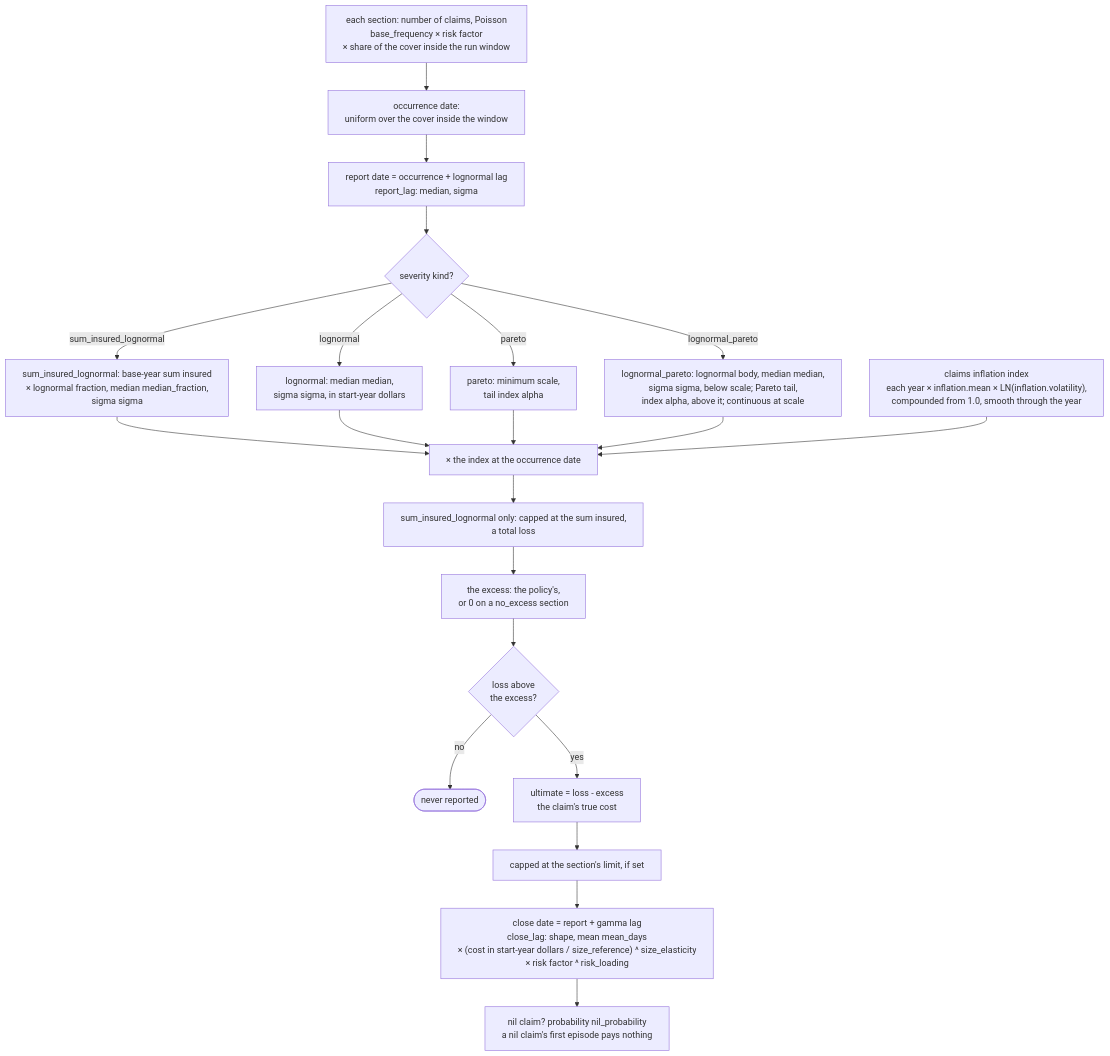
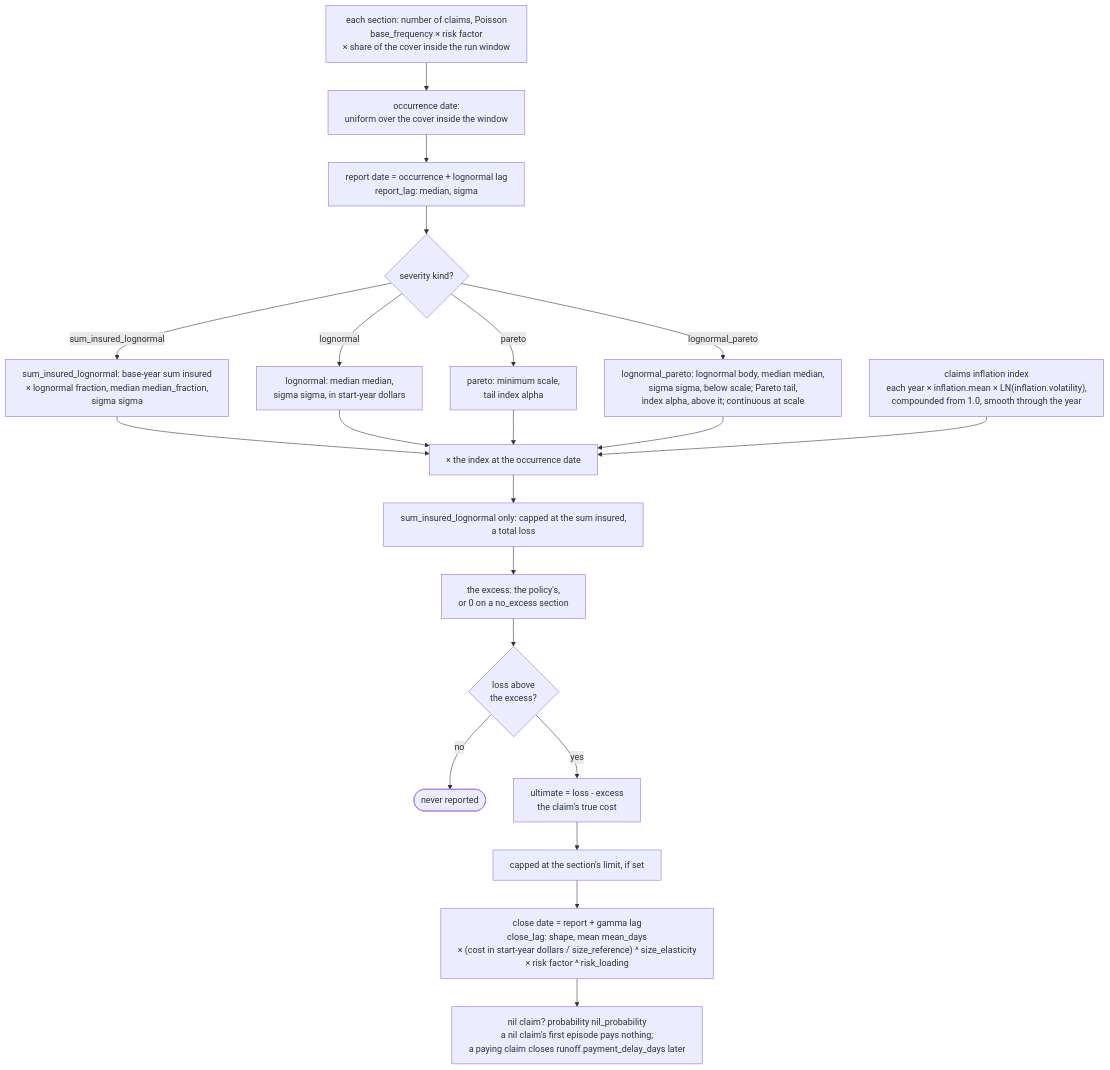
One commit to le-marais/claims-data-generator changed the fourth of 10 diagrams in README.md. Above: the diagram before and after it, drawn with Mermaid. The commit also changed other lines of this file and 28 other files, not shown here.

First line of the commit message:
Settle each claim by its section and pay no sooner than a payment delay after the case is raised (MR-19) (#34)

````diff
--- a/README.md
+++ b/README.md
@@ -149,35 +149,35 @@
 ```mermaid
 %%{init: {"flowchart": {"wrappingWidth": 480}}}%%
 flowchart TD
     count["each section: number of claims, Poisson<br/>base_frequency × risk factor<br/>× share of the cover inside the run window"]
     occurrence["occurrence date:<br/>uniform over the cover inside the window"]
     report["report date = occurrence + lognormal lag<br/>report_lag: median, sigma"]
     kind{"severity kind?"}
     siLoss["sum_insured_lognormal: base-year sum insured<br/>× lognormal fraction, median median_fraction,<br/>sigma sigma"]
     lognormalLoss["lognormal: median median,<br/>sigma sigma, in start-year dollars"]
     paretoLoss["pareto: minimum scale,<br/>tail index alpha"]
     splicedLoss["lognormal_pareto: lognormal body, median median,<br/>sigma sigma, below scale; Pareto tail,<br/>index alpha, above it; continuous at scale"]
     index["claims inflation index<br/>each year × inflation.mean × LN(inflation.volatility),<br/>compounded from 1.0, smooth through the year"]
     trended["× the index at the occurrence date"]
     cap["sum_insured_lognormal only: capped at the sum insured,<br/>a total loss"]
     excess["the excess: the policy's,<br/>or 0 on a no_excess section"]
     pierce{"loss above<br/>the excess?"}
     dropped(["never reported"])
     ultimate["ultimate = loss - excess<br/>the claim's true cost"]
     limitCap["capped at the section's limit, if set"]
     closeDate["close date = report + gamma lag<br/>close_lag: shape, mean mean_days<br/>× (cost in start-year dollars / size_reference) ^ size_elasticity<br/>× risk factor ^ risk_loading"]
-    nilFlag["nil claim? probability nil_probability<br/>a nil claim's first episode pays nothing"]
+    nilFlag["nil claim? probability nil_probability<br/>a nil claim's first episode pays nothing;<br/>a paying claim closes runoff.payment_delay_days later"]
     count --> occurrence --> report --> kind
     kind -- "sum_insured_lognormal" --> siLoss
     kind -- "lognormal" --> lognormalLoss
     kind -- "pareto" --> paretoLoss
     kind -- "lognormal_pareto" --> splicedLoss
     siLoss --> trended
     lognormalLoss --> trended
     paretoLoss --> trended
     splicedLoss --> trended
     index --> trended
     trended --> cap --> excess --> pierce
     pierce -- "no" --> dropped
     pierce -- "yes" --> ultimate --> limitCap --> closeDate --> nilFlag
 ```
````
